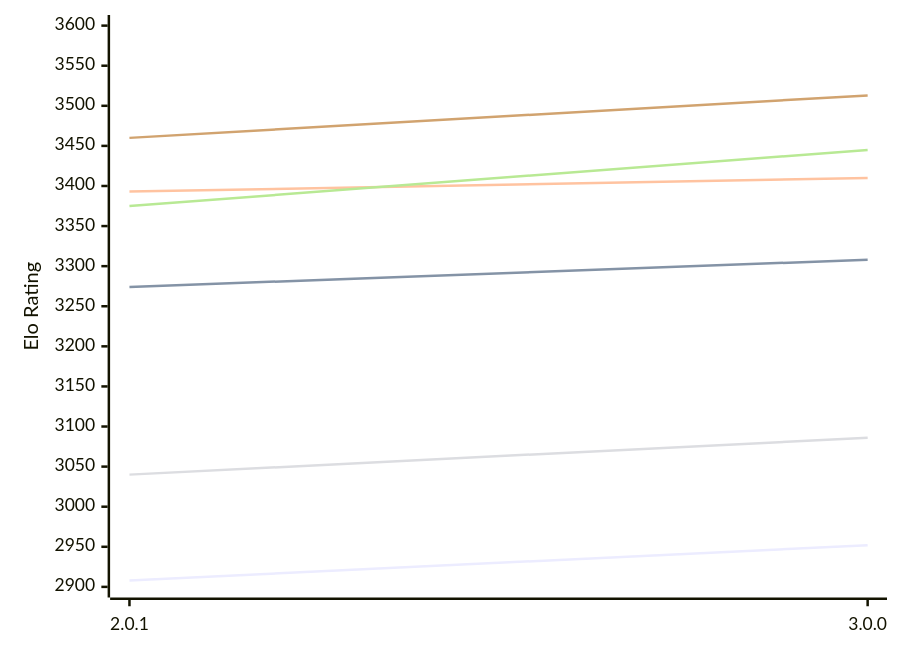
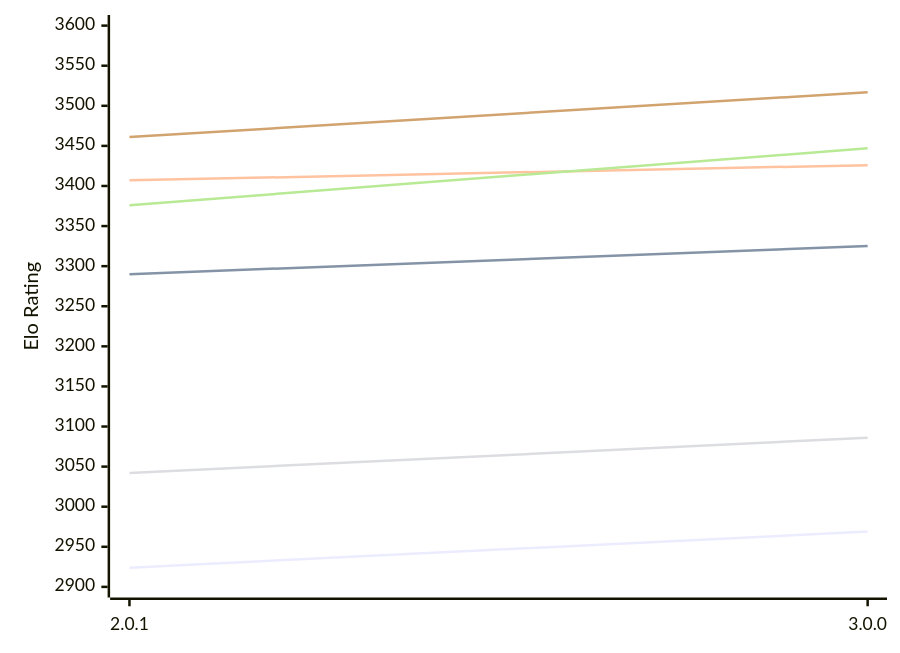
The first of 2 diagrams in engines/Grail.md (computer-chess-index/cci), drawn with Mermaid before and after one commit. The commit also changed other lines of this file, not shown here.

Commit message:
Update CCI Ratings (ELO VLTC) - 2026-11-11

````diff
--- a/engines/Grail.md
+++ b/engines/Grail.md
@@ -56,12 +56,12 @@
 ```mermaid
 %%{init: {"theme":"base","themeVariables":{"seriesColors:['#a3a3a3','#222221','#faa371']}}}%%
 xychart-beta
   x-axis ["2.0.1", "3.0.0"]
   y-axis "Elo Rating" 2900 --> 3600
-  line "E1: STC (8.0+0.08s)" [2908, 2952]
-  line "E1: LTC (60.0+0.60s)" [3274, 3308]
-  line "E1: VLTC (2m24s+1.12s)" [3393, 3410]
-  line "P1: STC (8.0+0.08s)" [3040, 3086]
-  line "P1: LTC (60.0+0.60s)" [3375, 3445]
-  line "P1: VLTC (2m24s+1.12s)" [3460, 3513]
+  line "E1: STC (8.0+0.08s)" [2924, 2969]
+  line "E1: LTC (60.0+0.60s)" [3290, 3325]
+  line "E1: VLTC (2m24s+1.12s)" [3407, 3426]
+  line "P1: STC (8.0+0.08s)" [3042, 3086]
+  line "P1: LTC (60.0+0.60s)" [3376, 3447]
+  line "P1: VLTC (2m24s+1.12s)" [3461, 3517]
 ```
````
